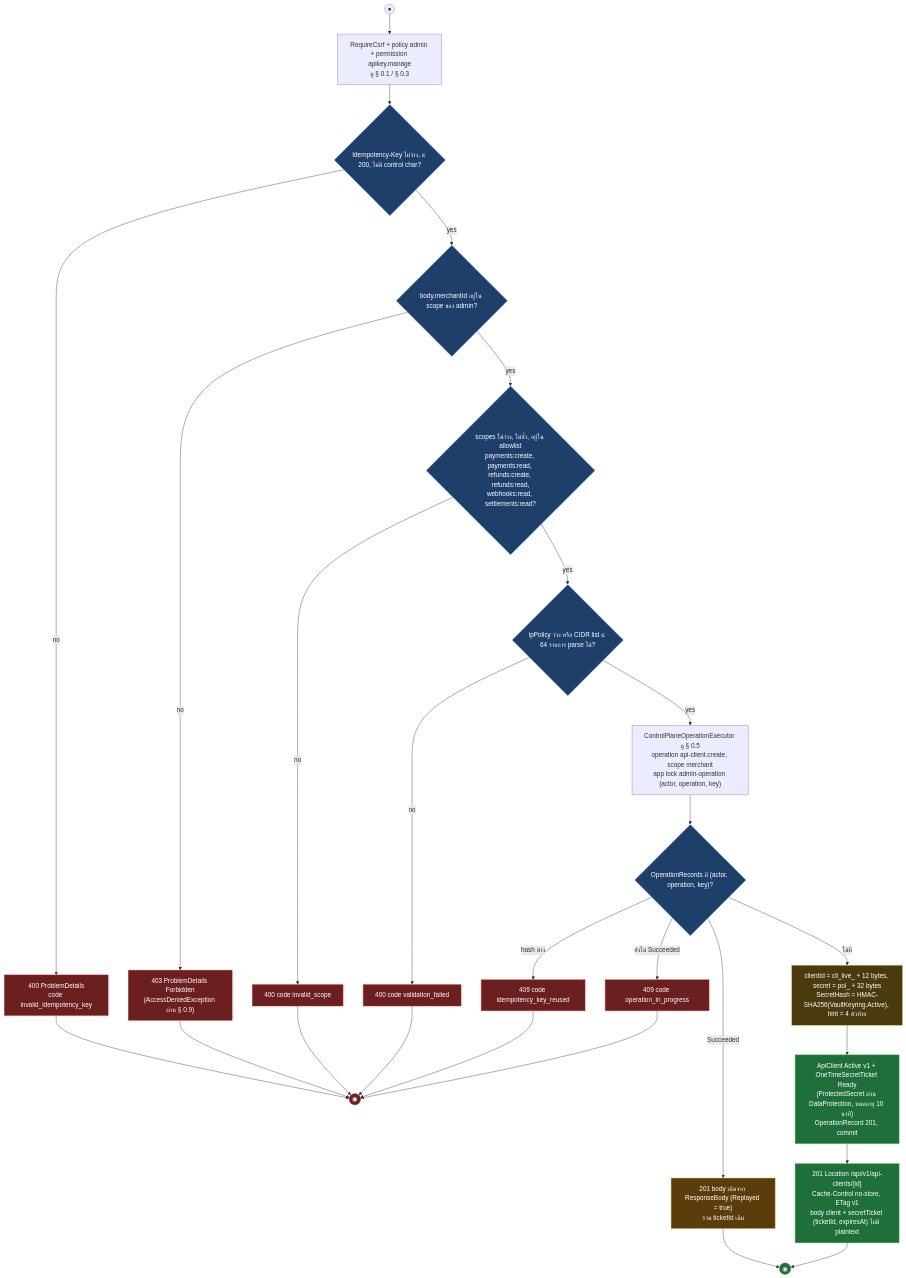
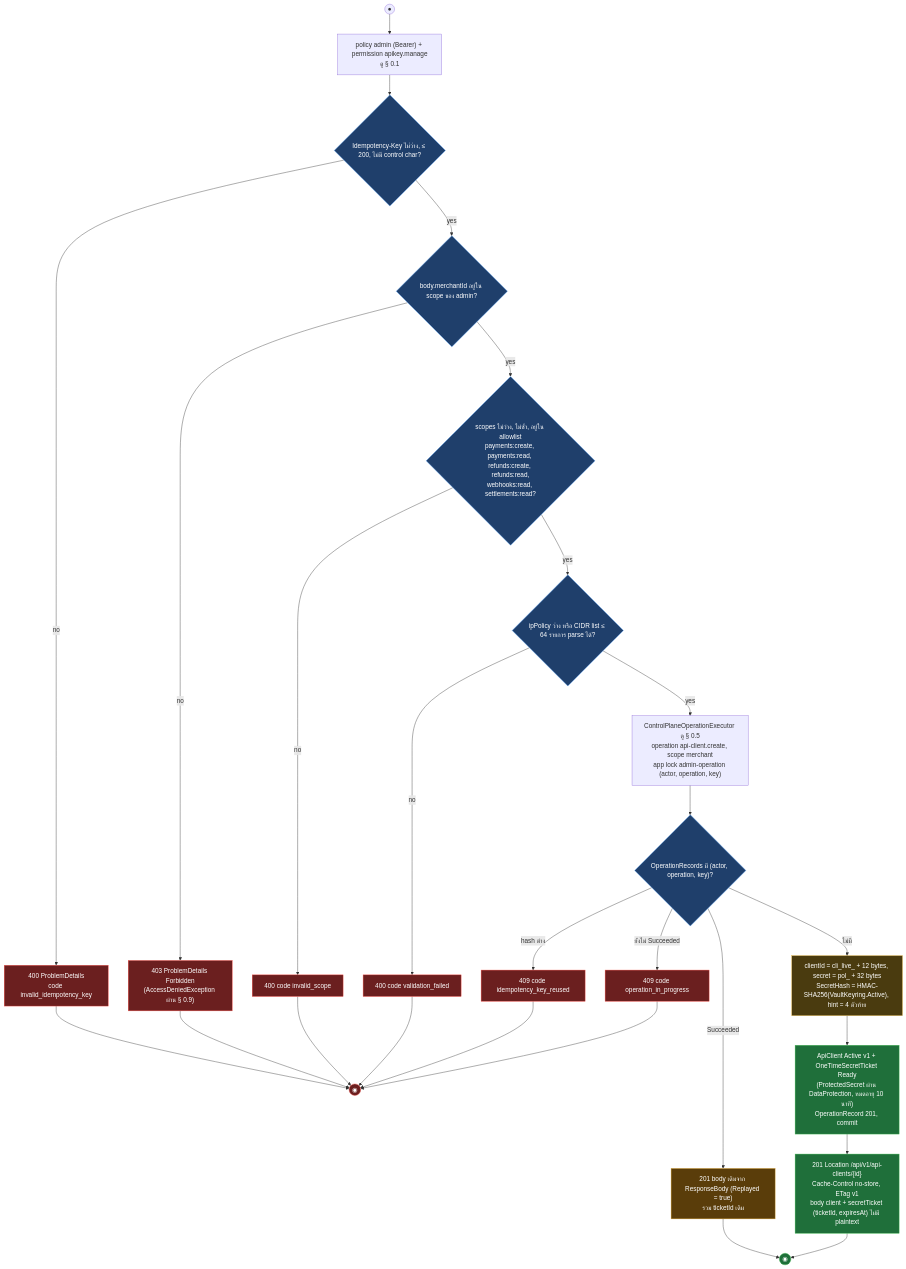
One commit to metrodiesign/pol-core changed the fourth of 7 diagrams in outputs/diagrams/2026-09-14_api-endpoints_v1/12-governance-audit-api-clients.activities.md. Above: the diagram before and after it, drawn with Mermaid. The commit also changed other lines of this file and 42 other files, not shown here.

First line of the commit message:
docs: align reference docs and the API diagram set with the Bearer-only admin plane

````diff
--- a/outputs/diagrams/2026-09-14_api-endpoints_v1/12-governance-audit-api-clients.activities.md
+++ b/outputs/diagrams/2026-09-14_api-endpoints_v1/12-governance-audit-api-clients.activities.md
@@ -172,39 +172,39 @@
 ```mermaid
 flowchart TD
-    START((●)) --> GATE["RequireCsrf + policy admin + permission apikey.manage<br/>ดู § 0.1 / § 0.3"]
+    START((●)) --> GATE["policy admin (Bearer) + permission apikey.manage<br/>ดู § 0.1"]
     GATE --> KEY{"Idempotency-Key ไม่ว่าง, ≤ 200, ไม่มี control char?"}
     KEY -->|no| R400_K["400 ProblemDetails<br/>code invalid_idempotency_key"]
     KEY -->|yes| ACC{"body.merchantId อยู่ใน scope ของ admin?"}
     ACC -->|no| R403["403 ProblemDetails Forbidden<br/>(AccessDeniedException ผ่าน § 0.9)"]
     ACC -->|yes| SCOPES{"scopes ไม่ว่าง, ไม่ซ้ำ, อยู่ใน allowlist<br/>payments:create, payments:read, refunds:create, refunds:read,<br/>webhooks:read, settlements:read?"}
     SCOPES -->|no| R400_S["400 code invalid_scope"]
     SCOPES -->|yes| IP{"ipPolicy ว่าง หรือ CIDR list ≤ 64 รายการ parse ได้?"}
     IP -->|no| R400_I["400 code validation_failed"]
     IP -->|yes| EXEC["ControlPlaneOperationExecutor ดู § 0.5<br/>operation api-client.create, scope merchant<br/>app lock admin-operation (actor, operation, key)"]
     EXEC --> PRIOR{"OperationRecords มี (actor, operation, key)?"}
     PRIOR -->|"hash ต่าง"| R409_K["409 code idempotency_key_reused"]
     PRIOR -->|"ยังไม่ Succeeded"| R409_P["409 code operation_in_progress"]
     PRIOR -->|Succeeded| REPLAY["201 body เดิมจาก ResponseBody (Replayed = true)<br/>รวม ticketId เดิม"]
     PRIOR -->|"ไม่มี"| GEN["clientId = cli_live_ + 12 bytes, secret = pol_ + 32 bytes<br/>SecretHash = HMAC-SHA256(VaultKeyring.Active), hint = 4 ตัวท้าย"]
     GEN --> SAVE["ApiClient Active v1 + OneTimeSecretTicket Ready<br/>(ProtectedSecret ผ่าน DataProtection, หมดอายุ 10 นาที)<br/>OperationRecord 201, commit"]
     SAVE --> R201["201 Location /api/v1/api-clients/{id}<br/>Cache-Control no-store, ETag v1<br/>body client + secretTicket (ticketId, expiresAt) ไม่มี plaintext"]
     R201 --> END_S((◉))
     REPLAY --> END_S
     R400_K --> END_F((◉))
     R403 --> END_F
     R400_S --> END_F
     R400_I --> END_F
     R409_K --> END_F
     R409_P --> END_F
 
     classDef ok fill:#1f6f3a,stroke:#3fb950,color:#fff
     classDef fail fill:#6b1f1f,stroke:#f85149,color:#fff
     classDef gate fill:#1f3f6b,stroke:#58a6ff,color:#fff
     classDef warn fill:#5a3d0a,stroke:#d29922,color:#fff
     classDef ext fill:#4a3b0f,stroke:#e3b341,color:#fff
     class SAVE,R201,END_S ok
     class R400_K,R403,R400_S,R400_I,R409_K,R409_P,END_F fail
     class KEY,ACC,SCOPES,IP,PRIOR gate
     class REPLAY warn
     class GEN ext
 ```
````
